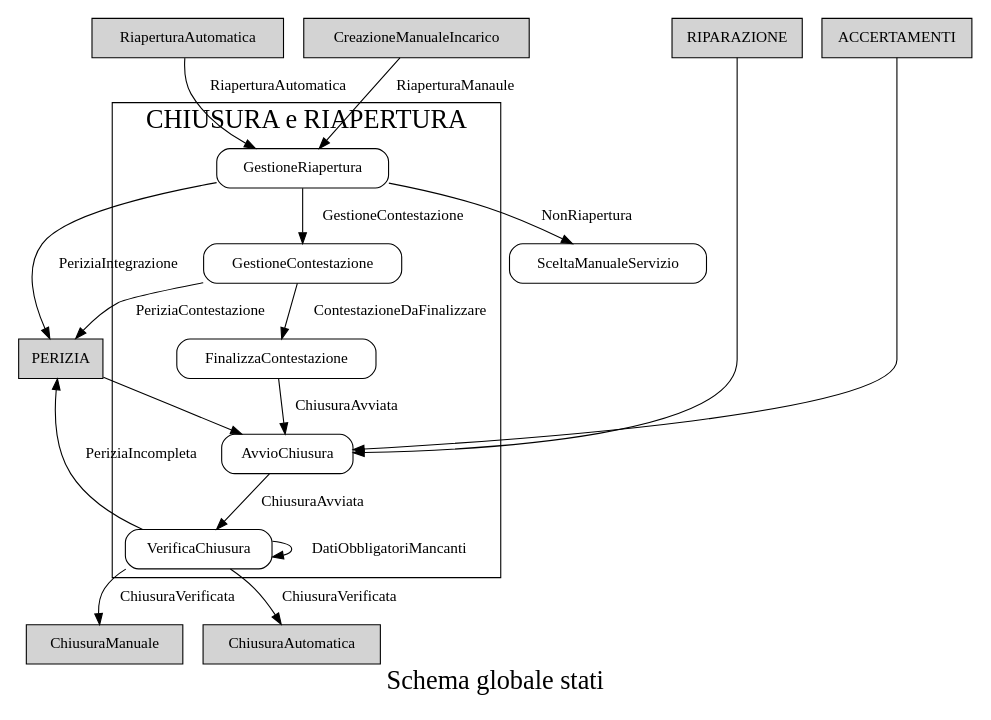
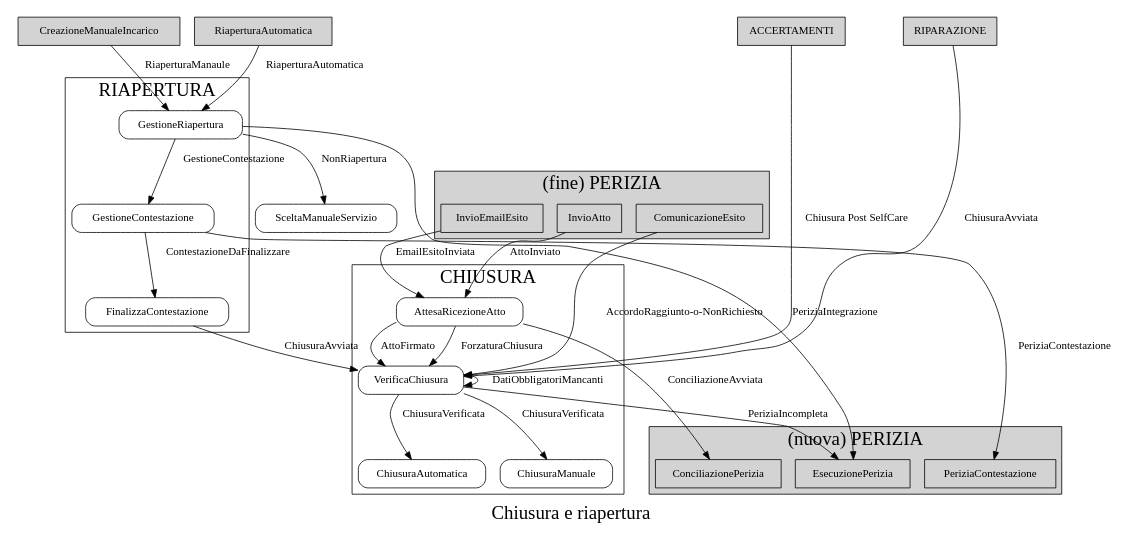
The diagram in closing/closing.dot (mauriziocaronni/stateDiagramPython), drawn with Graphviz before and after one commit. The commit also changed 9 other files, not shown here.

Commit message:
completati perizia e chiusura

```diff
--- a/closing/closing.dot
+++ b/closing/closing.dot
@@ -1,63 +1,96 @@
 digraph finite_state_machine {
     rankdir=TD;
 	rank =same
     size="8,5"
     fontsize = "24"
-    label="Schema globale stati"
+    label="Chiusura e riapertura"
     node [shape=box,style=rounded ];
  
 	subgraph start {
 			node [shape = "box" style = "filled" ];
 			label = "start";
 			CreazioneManualeIncarico
 			RiaperturaAutomatica
 			ACCERTAMENTI
 			RIPARAZIONE
+
 	}
+
+	subgraph cluster_perizia_1 {
+			rank = top
+			style = filled
+			node [shape = "box" style = filled ];
+			label = "(fine) PERIZIA";
+			ComunicazioneEsito
+			InvioEmailEsito
+			InvioAtto
+	}
+
+	subgraph cluster_perizia_2 {
+			rank = sink
+			style = filled
+			node [shape = "box" style = filled ];
+			label = "(nuova) PERIZIA";
+			EsecuzionePerizia			
+		    ConciliazionePerizia
+			PeriziaContestazione
+	}
+
 	
-	subgraph end {
-			node [shape = "box" style = "filled" ];
-			label = "end";
-			rank = sink
-			ChiusuraManuale
-			ChiusuraAutomatica
-	}
 		
 	subgraph cluster_chiusura {
+		rank = max
 		node [shape=box,style=rounded ];
-		label = "CHIUSURA e RIAPERTURA";
-		AvvioChiusura
+		label = "CHIUSURA";
+		AttesaRicezioneAtto
 		VerificaChiusura
+		ChiusuraAutomatica
+		ChiusuraManuale
+	}
+
+	subgraph cluster_riapertura {
+		node [shape=box,style=rounded ];
+		label = "RIAPERTURA";
 		GestioneRiapertura
 		GestioneContestazione
 		FinalizzaContestazione
 	}
 
 
-        
  
 
-    AvvioChiusura              -> VerificaChiusura        [ label = "ChiusuraAvviata"]
-    VerificaChiusura           -> ChiusuraManuale         [ label = "ChiusuraVerificata"]
-    VerificaChiusura           -> ChiusuraAutomatica      [ label = "ChiusuraVerificata"]
-    VerificaChiusura           -> VerificaChiusura        [ label = "DatiObbligatoriMancanti"]
+    InvioEmailEsito           ->   AttesaRicezioneAtto           [ label = "EmailEsitoInviata"] ;
+    InvioAtto                 ->   AttesaRicezioneAtto           [ label = "AttoInviato"] ;
+	ComunicazioneEsito		->   VerificaChiusura           [ label = "AccordoRaggiunto-o-NonRichiesto"] ;
+
+
+    AttesaRicezioneAtto          -> ConciliazionePerizia      [ label = "ConciliazioneAvviata"] ;
+    AttesaRicezioneAtto          -> VerificaChiusura          [ label = "AttoFirmato"] ;
+	AttesaRicezioneAtto          -> VerificaChiusura          [ label = "ForzaturaChiusura"] ;
+	
+
+
+    VerificaChiusura           -> ChiusuraManuale         	[ label = "ChiusuraVerificata"]
+    VerificaChiusura           -> ChiusuraAutomatica      	[ label = "ChiusuraVerificata"]
+    VerificaChiusura           -> VerificaChiusura        	[ label = "DatiObbligatoriMancanti"]
 	RiaperturaAutomatica         -> GestioneRiapertura      [ label = "RiaperturaAutomatica" ]
-	CreazioneManualeIncarico   ->  GestioneRiapertura    [ label = "RiaperturaManaule" ]
+	CreazioneManualeIncarico   ->  GestioneRiapertura    	[ label = "RiaperturaManaule" ]
 
-    GestioneRiapertura    ->  SceltaManualeServizio [ label = "NonRiapertura"]
-    GestioneRiapertura    ->  GestioneContestazione [ label = "GestioneContestazione"]
+    GestioneRiapertura    ->  SceltaManualeServizio 		[ label = "NonRiapertura"]
+    GestioneRiapertura    ->  GestioneContestazione 		[ label = "GestioneContestazione"]
 
-    GestioneContestazione       -> FinalizzaContestazione [ label = "ContestazioneDaFinalizzare"]
-    FinalizzaContestazione      -> AvvioChiusura          [ label = "ChiusuraAvviata"]
+    GestioneContestazione       -> FinalizzaContestazione 	[ label = "ContestazioneDaFinalizzare"]
+    FinalizzaContestazione      -> VerificaChiusura         [ label = "ChiusuraAvviata"]
 
 
 	node [shape=box,style=rounded  style = filled];
 	color = grey
- 	ACCERTAMENTI                    -> AvvioChiusura    
-    PERIZIA                         -> AvvioChiusura             
-	RIPARAZIONE                     -> AvvioChiusura     
-    VerificaChiusura           -> PERIZIA				  [ label = "PeriziaIncompleta"]
-	GestioneRiapertura          ->  PERIZIA   [ label = "PeriziaIntegrazione" ]
-	GestioneContestazione       -> PERIZIA [ label = "PeriziaContestazione" ]
+	
+ 	ACCERTAMENTI                    -> VerificaChiusura    [ label = "Chiusura Post SelfCare"]     
+	RIPARAZIONE                     -> VerificaChiusura     [ label = "ChiusuraAvviata"]
+
+    VerificaChiusura           ->  EsecuzionePerizia	 [ label = "PeriziaIncompleta"]
+	GestioneRiapertura          -> EsecuzionePerizia   [ label = "PeriziaIntegrazione" ]
+	GestioneContestazione       -> PeriziaContestazione   [ label = "PeriziaContestazione" ]
 
 }
```
